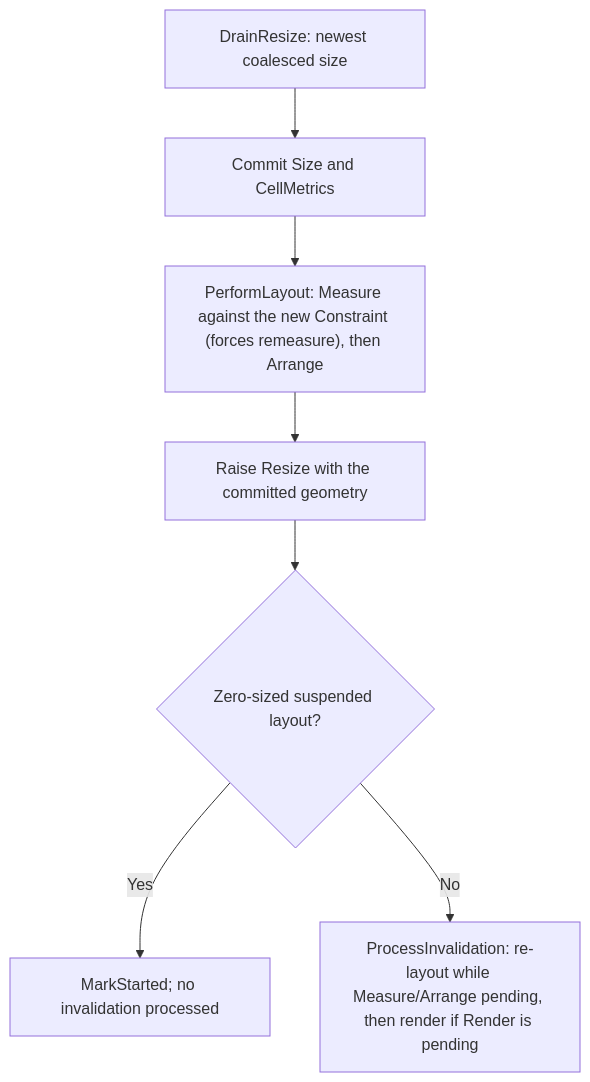
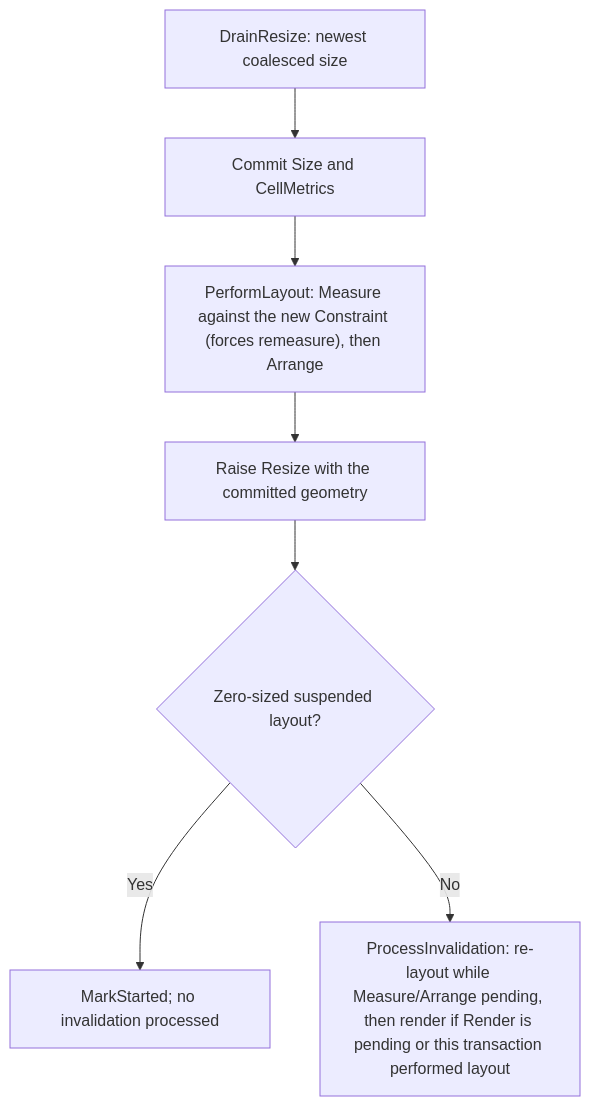
Before and after one commit to pavkam/sharp-vision: the third of 7 diagrams in docs/architecture/runtime-event-loop.md, drawn with Mermaid. The commit also changed 1 other file, not shown here.

Commit message:
fixup(docs): correct two adversarial-review diagram gaps
The protocol-routing diagram implied a per-value NegotiationSink check;
only Response-typed values are ever routed through Accept, and whether a
NegotiationSink wraps the destination at all is decided once at session
start, not per decoded value. The resize-ordering diagram's invalidation
step silently dropped the "or this transaction performed layout" render
trigger, which is a real second condition alongside a pending Render bit.

````diff
--- a/docs/architecture/runtime-event-loop.md
+++ b/docs/architecture/runtime-event-loop.md
@@ -145,9 +145,9 @@
 ```mermaid
 flowchart TD
     Resize["DrainResize: newest coalesced size"] --> Commit["Commit Size and CellMetrics"]
     Commit --> Layout["PerformLayout: Measure against the new Constraint (forces remeasure), then Arrange"]
     Layout --> RaiseResize["Raise Resize with the committed geometry"]
     RaiseResize --> Suspended{"Zero-sized suspended layout?"}
     Suspended -->|Yes| MarkStarted["MarkStarted; no invalidation processed"]
-    Suspended -->|No| Process["ProcessInvalidation: re-layout while Measure/Arrange pending, then render if Render is pending"]
+    Suspended -->|No| Process["ProcessInvalidation: re-layout while Measure/Arrange pending, then render if Render is pending or this transaction performed layout"]
 ```
````
